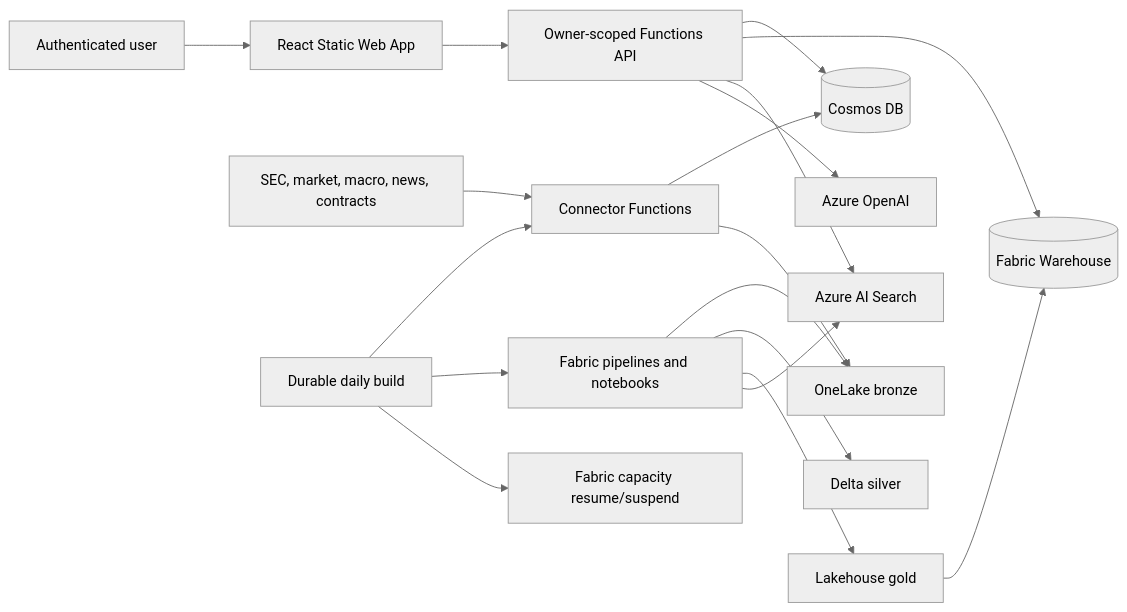
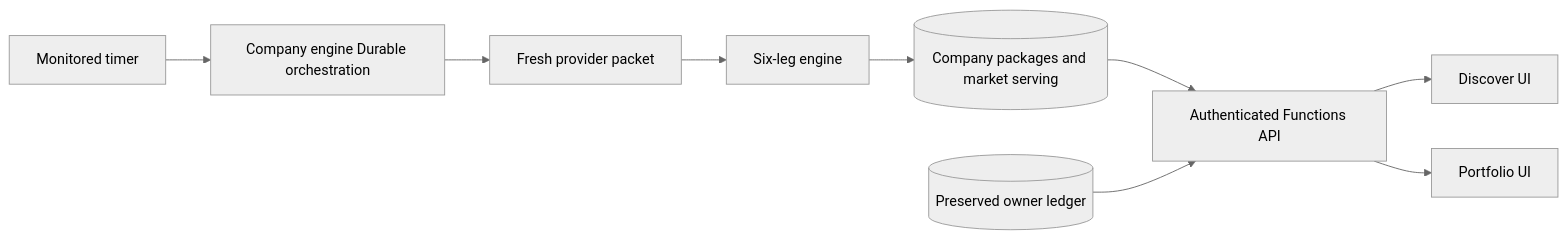
One commit to francesco-sodano/auspex changed the first of 2 diagrams in doc/arc42-auspex.md. Above: the diagram before and after it, drawn with Mermaid (neutral theme). The commit also changed other lines of this file and 30 other files, not shown here.

Commit message:
replace legacy runtime with fresh company engine

````diff
--- a/doc/arc42-auspex.md
+++ b/doc/arc42-auspex.md
@@ -47,21 +29,11 @@
 ```mermaid
 flowchart LR
-    User[Authenticated user] --> SWA[React Static Web App]
-    SWA --> API[Owner-scoped Functions API]
-    API --> Cosmos[(Cosmos DB)]
-    API --> WH[(Fabric Warehouse)]
-    API --> Search[Azure AI Search]
-    API --> AOAI[Azure OpenAI]
-
-    Sources[SEC, market, macro, news, contracts] --> Ingest[Connector Functions]
-    Ingest --> Cosmos
-    Ingest --> Bronze[OneLake bronze]
-    Durable[Durable daily build] --> Ingest
-    Durable --> Fabric[Fabric pipelines and notebooks]
-    Fabric --> Bronze
-    Fabric --> Silver[Delta silver]
-    Fabric --> Gold[Lakehouse gold]
-    Gold --> WH
-    Fabric --> Search
-    Durable --> Capacity[Fabric capacity resume/suspend]
+    Timer[Monitored timer] --> Durable[Company engine Durable orchestration]
+    Durable --> Provider[Fresh provider packet]
+    Provider --> Engine[Six-leg engine]
+    Engine --> Cosmos[(Company packages and market serving)]
+    Cosmos --> API[Authenticated Functions API]
+    API --> Discover[Discover UI]
+    API --> Portfolio[Portfolio UI]
+    Ledger[(Preserved owner ledger)] --> API
 ```
````
